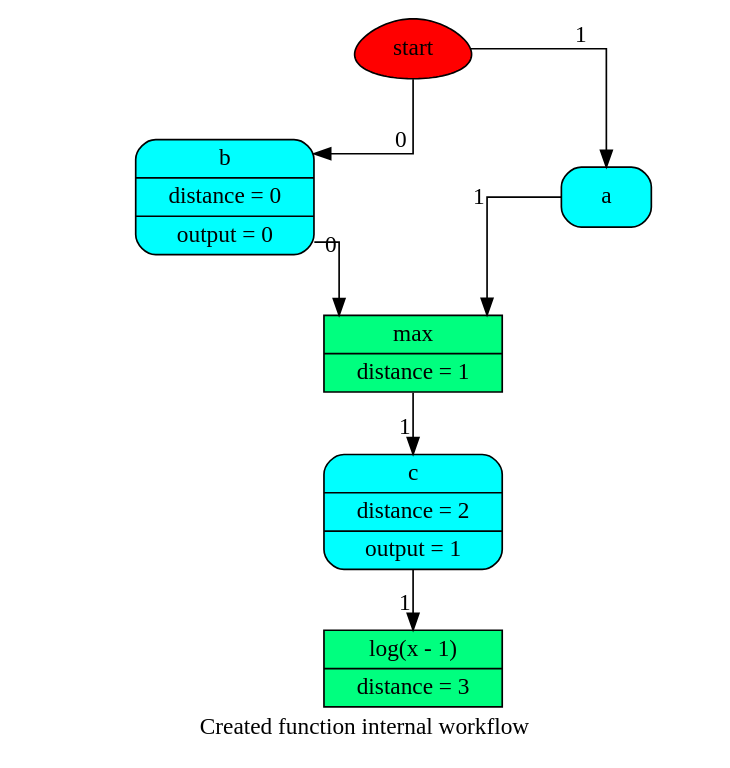
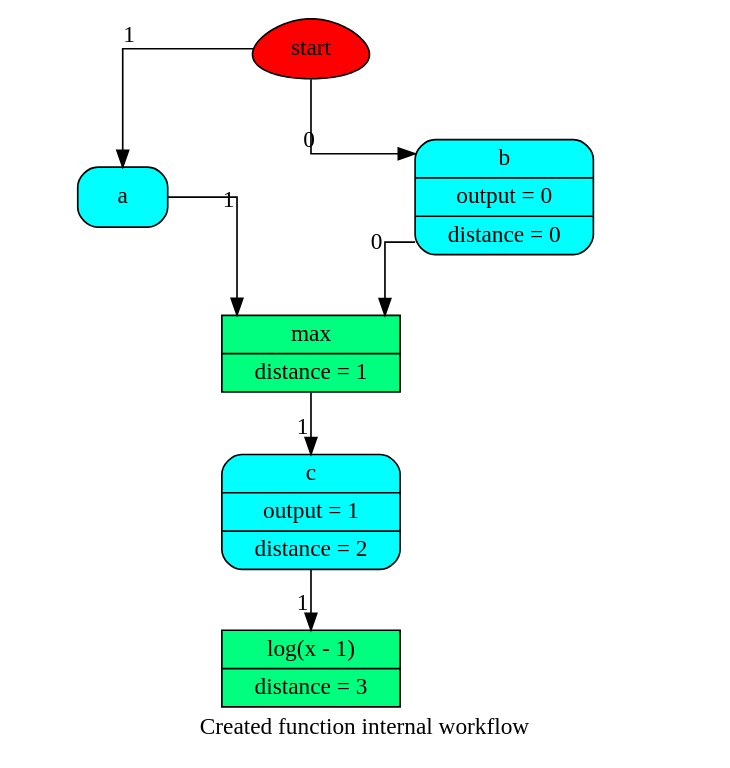
Before and after one commit to vinci1it2000/schedula: the diagram in doc/dispatcher/utils/dsp/SubDispatchFunction_wf2.dot, drawn with Graphviz. The commit also changed 27 other files, not shown here.

```diff
--- a/doc/dispatcher/utils/dsp/SubDispatchFunction_wf2.dot
+++ b/doc/dispatcher/utils/dsp/SubDispatchFunction_wf2.dot
@@ -1,18 +1,18 @@
 digraph "Created function internal" {
 	graph [ratio=1]
 	node [style=filled]
+	label = "Created function internal workflow"
 	splines = ortho
-	label = "Created function internal workflow"
-		"Created function internal_4373676344" [label=start fillcolor=red shape=egg]
-		"Created function internal_-4863238121632644504" [label="{ b | distance = 0 | output = 0 }" fillcolor=cyan shape=Mrecord]
-		"Created function internal_-7525193253846915964" [label="{ c | distance = 2 | output = 1 }" fillcolor=cyan shape=Mrecord]
-		"Created function internal_-1641313092816415866" [label="{ log(x - 1) | distance = 3 }" fillcolor=springgreen shape=record]
-		"Created function internal_-1299726788120471209" [label="{ max | distance = 1 }" fillcolor=springgreen shape=record]
-		"Created function internal_5281915415694126460" [label="{ a  }" fillcolor=cyan shape=Mrecord]
-			"Created function internal_-4863238121632644504" -> "Created function internal_-1299726788120471209" [xlabel=0]
-			"Created function internal_-7525193253846915964" -> "Created function internal_-1641313092816415866" [xlabel=1]
-			"Created function internal_-1299726788120471209" -> "Created function internal_-7525193253846915964" [xlabel=1]
-			"Created function internal_4373676344" -> "Created function internal_-4863238121632644504" [xlabel=0]
-			"Created function internal_4373676344" -> "Created function internal_5281915415694126460" [xlabel=1]
-			"Created function internal_5281915415694126460" -> "Created function internal_-1299726788120471209" [xlabel=1]
+		"Created function internal_78709768" [label=start fillcolor=red shape=egg]
+		"Created function internal_5285838715725610368" [label="{ a  }" fillcolor=cyan shape=Mrecord]
+		"Created function internal_-8603157216472985936" [label="{ max | distance = 1 }" fillcolor=springgreen shape=record]
+		"Created function internal_-1283898629557077595" [label="{ c | output = 1 | distance = 2 }" fillcolor=cyan shape=Mrecord]
+		"Created function internal_842756815190668186" [label="{ b | output = 0 | distance = 0 }" fillcolor=cyan shape=Mrecord]
+		"Created function internal_-7700641190460666817" [label="{ log(x - 1) | distance = 3 }" fillcolor=springgreen shape=record]
+			"Created function internal_5285838715725610368" -> "Created function internal_-8603157216472985936" [xlabel=1]
+			"Created function internal_-8603157216472985936" -> "Created function internal_-1283898629557077595" [xlabel=1]
+			"Created function internal_-1283898629557077595" -> "Created function internal_-7700641190460666817" [xlabel=1]
+			"Created function internal_78709768" -> "Created function internal_5285838715725610368" [xlabel=1]
+			"Created function internal_78709768" -> "Created function internal_842756815190668186" [xlabel=0]
+			"Created function internal_842756815190668186" -> "Created function internal_-8603157216472985936" [xlabel=0]
 }
```
